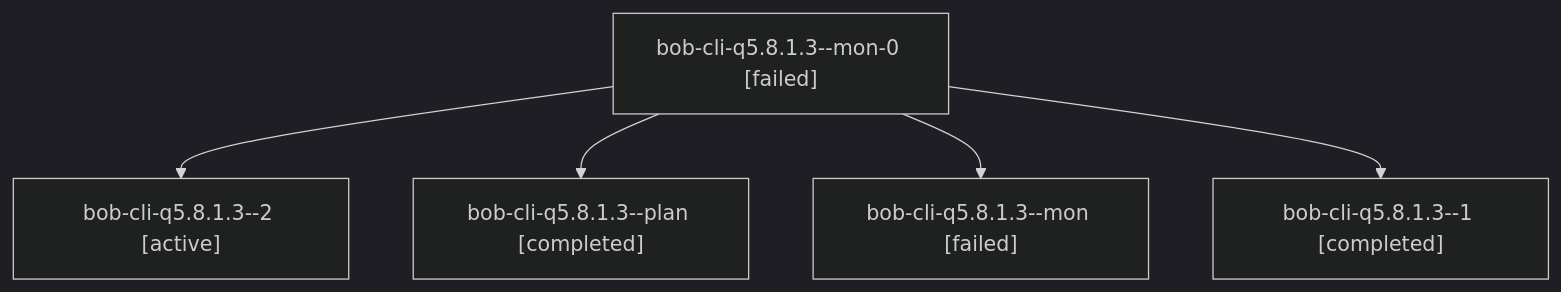
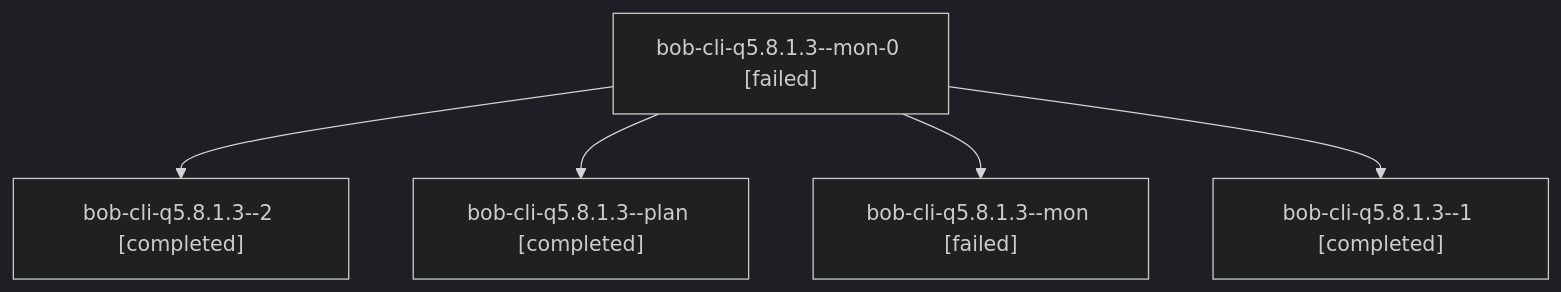
The diagram in sessions/bbugyi200.athena.bob-cli-q5.8.1.3.md (bobs-org/bob-cli--agents), drawn with Mermaid (dark theme) before and after one commit. The commit also changed other lines of this file and 167 other files, not shown here.

````diff
--- a/sessions/bbugyi200.athena.bob-cli-q5.8.1.3.md
+++ b/sessions/bbugyi200.athena.bob-cli-q5.8.1.3.md
@@ -9,12 +9,12 @@
 ```mermaid
 flowchart TD
   n0["bob-cli-q5.8.1.3--mon-0 [failed]"]
-  n1["bob-cli-q5.8.1.3--2 [active]"]
+  n1["bob-cli-q5.8.1.3--2 [completed]"]
   n0 --> n1
   n2["bob-cli-q5.8.1.3--plan [completed]"]
   n0 --> n2
   n3["bob-cli-q5.8.1.3--mon [failed]"]
   n0 --> n3
   n4["bob-cli-q5.8.1.3--1 [completed]"]
   n0 --> n4
 ```
````
